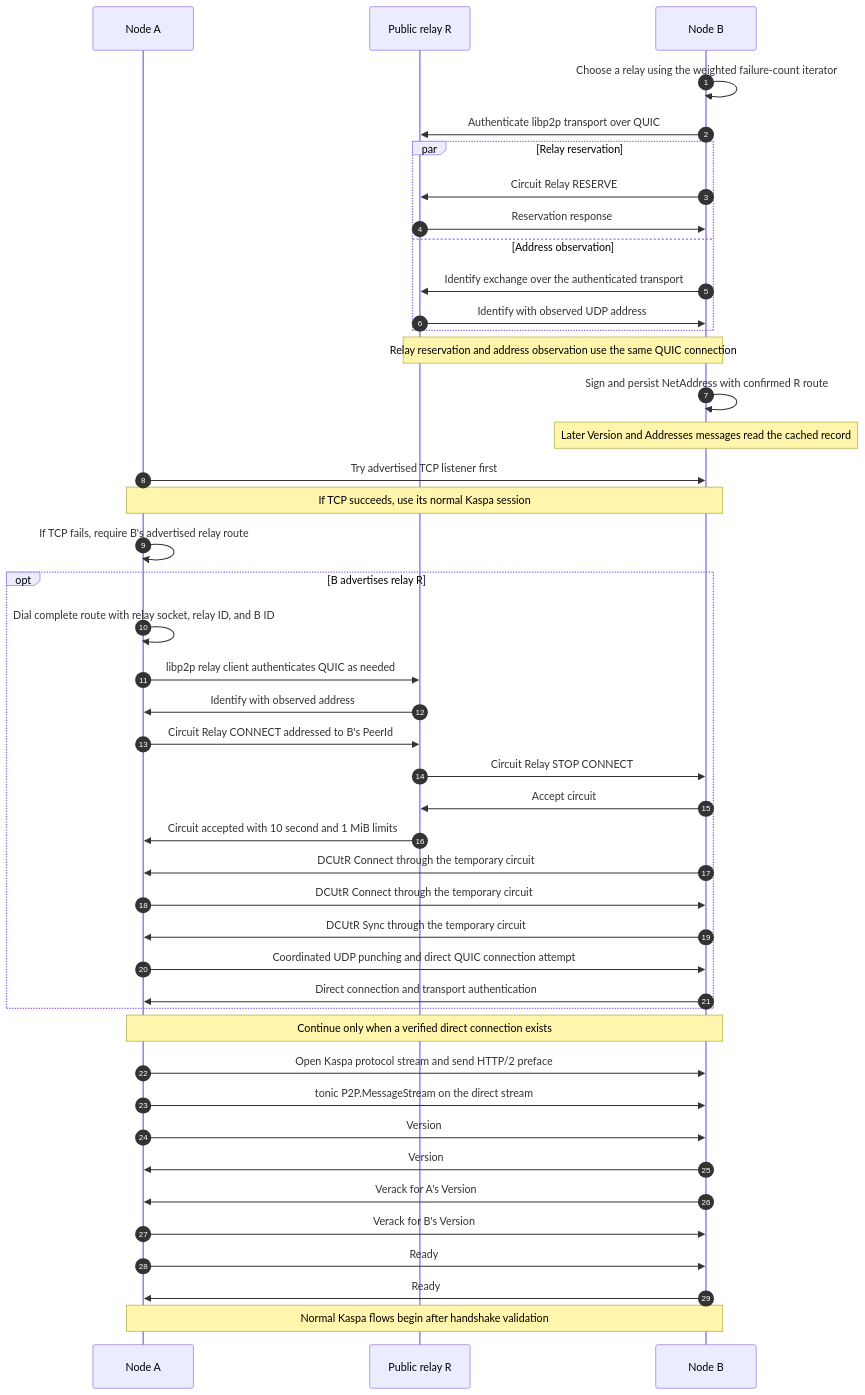
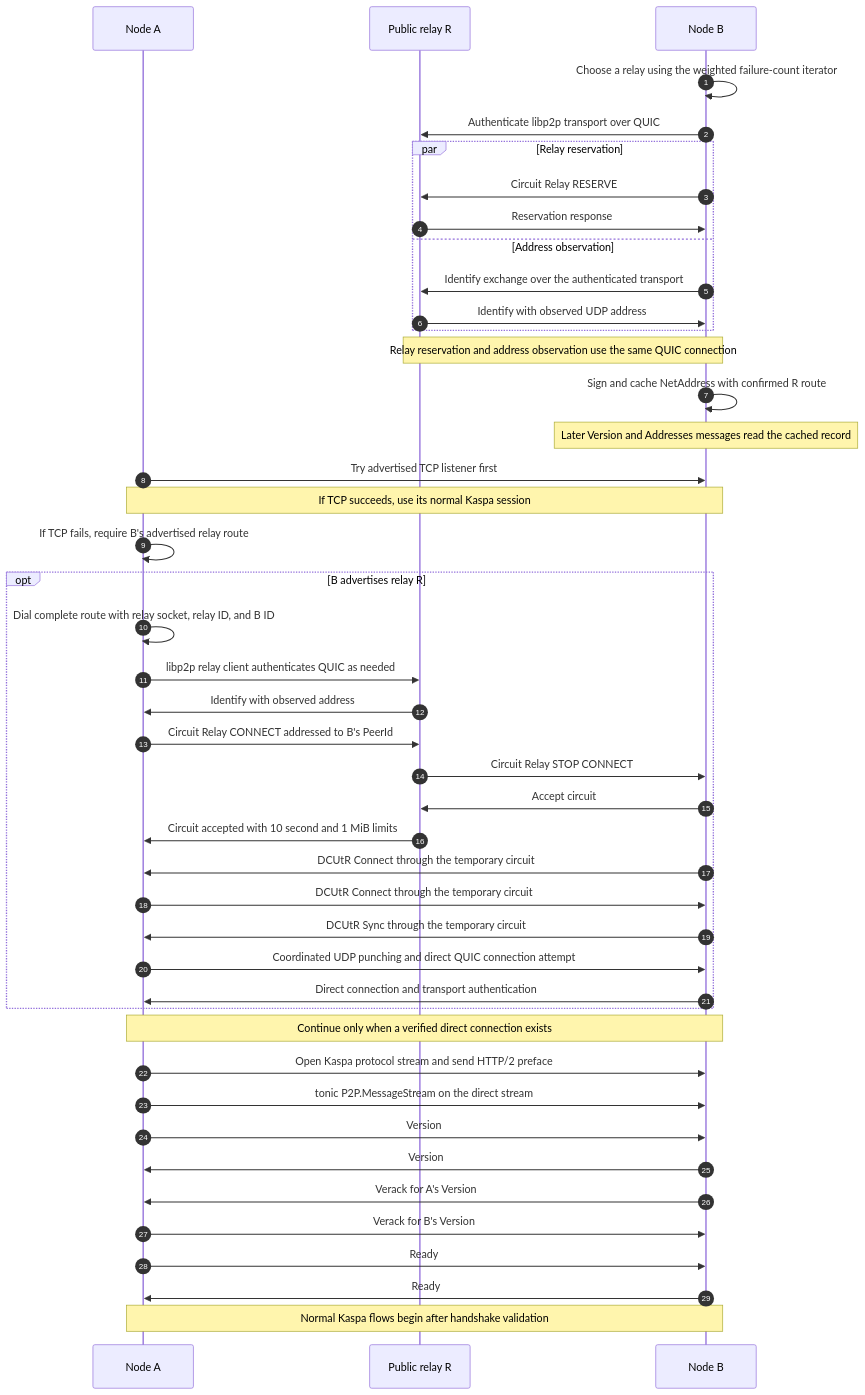
Before and after one commit to kaspanet/rusty-kaspa: the second of 2 diagrams in docs/libp2p.md, drawn with Mermaid. The commit also changed other lines of this file and 16 other files, not shown here.

````diff
--- a/docs/libp2p.md
+++ b/docs/libp2p.md
@@ -181,46 +182,46 @@
 ```mermaid
 sequenceDiagram
     autonumber
     participant A as Node A
     participant R as Public relay R
     participant B as Node B
     B->>B: Choose a relay using the weighted failure-count iterator
     B->>R: Authenticate libp2p transport over QUIC
     par Relay reservation
         B->>R: Circuit Relay RESERVE
         R->>B: Reservation response
     and Address observation
         B->>R: Identify exchange over the authenticated transport
         R->>B: Identify with observed UDP address
     end
     Note over B,R: Relay reservation and address observation use the same QUIC connection
-    B->>B: Sign and persist NetAddress with confirmed R route
+    B->>B: Sign and cache NetAddress with confirmed R route
     Note over B: Later Version and Addresses messages read the cached record
     A->>B: Try advertised TCP listener first
     Note over A,B: If TCP succeeds, use its normal Kaspa session
     A->>A: If TCP fails, require B's advertised relay route
     opt B advertises relay R
         A->>A: Dial complete route with relay socket, relay ID, and B ID
         A->>R: libp2p relay client authenticates QUIC as needed
         R->>A: Identify with observed address
         A->>R: Circuit Relay CONNECT addressed to B's PeerId
         R->>B: Circuit Relay STOP CONNECT
         B->>R: Accept circuit
         R->>A: Circuit accepted with 10 second and 1 MiB limits
         B->>A: DCUtR Connect through the temporary circuit
         A->>B: DCUtR Connect through the temporary circuit
         B->>A: DCUtR Sync through the temporary circuit
         A->>B: Coordinated UDP punching and direct QUIC connection attempt
         B->>A: Direct connection and transport authentication
     end
     Note over A,B: Continue only when a verified direct connection exists
     A->>B: Open Kaspa protocol stream and send HTTP/2 preface
     A->>B: tonic P2P.MessageStream on the direct stream
     A->>B: Version
     B->>A: Version
     B->>A: Verack for A's Version
     A->>B: Verack for B's Version
     A->>B: Ready
     B->>A: Ready
     Note over A,B: Normal Kaspa flows begin after handshake validation
 ```
````
